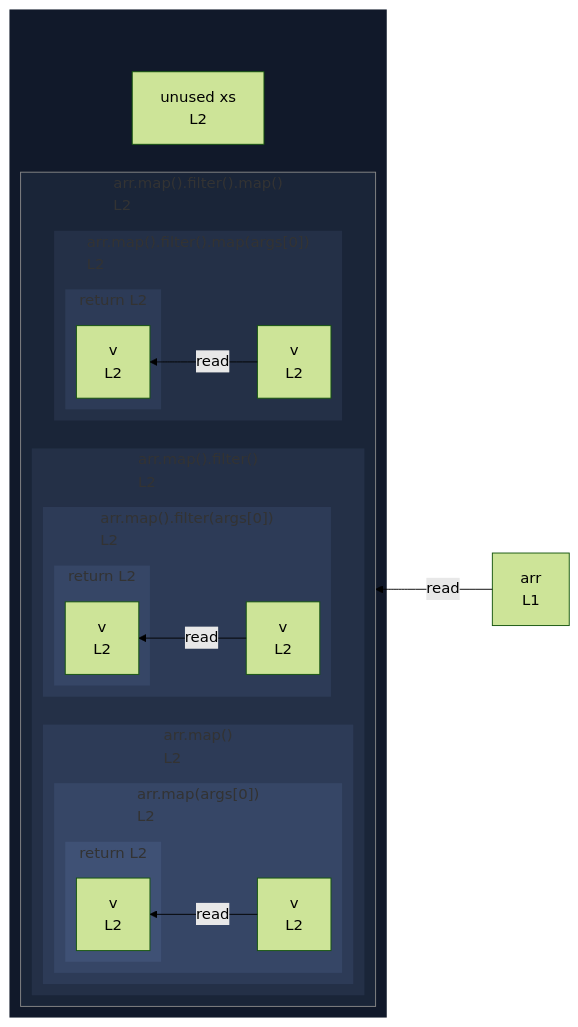
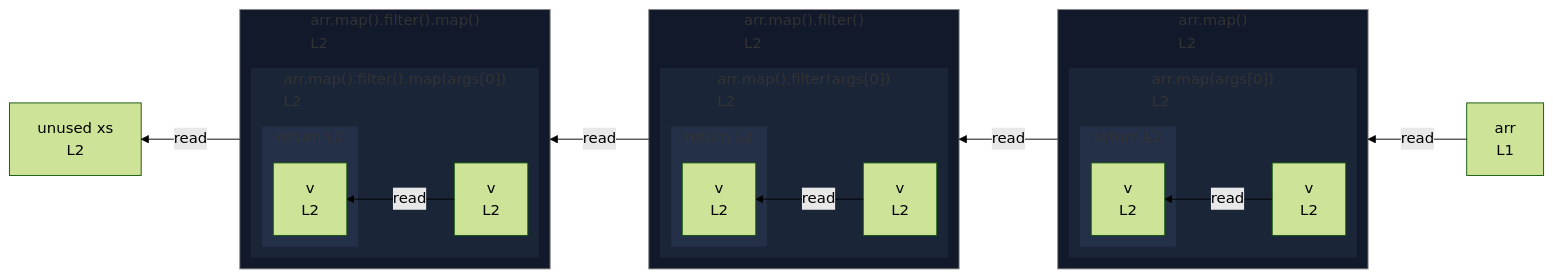
The diagram in integration/fixtures/callback/chained-triple/preview.md (crescware/unsnarl), drawn with Mermaid (forest theme) before and after one commit. The commit also changed 105 other files, not shown here.

````diff
--- a/integration/fixtures/callback/chained-triple/preview.md
+++ b/integration/fixtures/callback/chained-triple/preview.md
@@ -12,64 +12,62 @@
 ```mermaid
 %%{init: {"flowchart": {"defaultRenderer": "elk"}}}%%
 flowchart RL
   n_scope_0_arr_6["arr<br/>L1"]
-  subgraph wrap_call_proxy_34[" "]
-    direction TB
-    n_scope_0_xs_29["unused xs<br/>L2"]
-    subgraph call_proxy_34["arr.map().filter().map()<br/>L2"]
+  n_scope_0_xs_29["unused xs<br/>L2"]
+  subgraph call_proxy_34["arr.map().filter().map()<br/>L2"]
+    direction RL
+    subgraph s_scope_3["arr.map().filter().map(args[0])<br/>L2"]
       direction RL
-      subgraph call_proxy_34_76["arr.map().filter()<br/>L2"]
+      n_scope_3_v_82["v<br/>L2"]
+      subgraph s_return_scope_3_88_93["return L2"]
         direction RL
-        subgraph call_proxy_34_55["arr.map()<br/>L2"]
-          direction RL
-          subgraph s_scope_1["arr.map(args[0])<br/>L2"]
-            direction RL
-            n_scope_1_v_43["v<br/>L2"]
-            subgraph s_return_scope_1_49_54["return L2"]
-              direction RL
-              ret_use_ref_3["v<br/>L2"]
-            end
-          end
-        end
-        subgraph s_scope_2["arr.map().filter(args[0])<br/>L2"]
-          direction RL
-          n_scope_2_v_64["v<br/>L2"]
-          subgraph s_return_scope_2_70_75["return L2"]
-            direction RL
-            ret_use_ref_4["v<br/>L2"]
-          end
-        end
-      end
-      subgraph s_scope_3["arr.map().filter().map(args[0])<br/>L2"]
-        direction RL
-        n_scope_3_v_82["v<br/>L2"]
-        subgraph s_return_scope_3_88_93["return L2"]
-          direction RL
-          ret_use_ref_5["v<br/>L2"]
-        end
+        ret_use_ref_5["v<br/>L2"]
       end
     end
   end
-  n_scope_0_arr_6 -->|read| call_proxy_34
+  subgraph call_proxy_34_76["arr.map().filter()<br/>L2"]
+    direction RL
+    subgraph s_scope_2["arr.map().filter(args[0])<br/>L2"]
+      direction RL
+      n_scope_2_v_64["v<br/>L2"]
+      subgraph s_return_scope_2_70_75["return L2"]
+        direction RL
+        ret_use_ref_4["v<br/>L2"]
+      end
+    end
+  end
+  subgraph call_proxy_34_55["arr.map()<br/>L2"]
+    direction RL
+    subgraph s_scope_1["arr.map(args[0])<br/>L2"]
+      direction RL
+      n_scope_1_v_43["v<br/>L2"]
+      subgraph s_return_scope_1_49_54["return L2"]
+        direction RL
+        ret_use_ref_3["v<br/>L2"]
+      end
+    end
+  end
+  call_proxy_34 -->|read| n_scope_0_xs_29
+  call_proxy_34_76 -->|read| call_proxy_34
+  call_proxy_34_55 -->|read| call_proxy_34_76
+  n_scope_0_arr_6 -->|read| call_proxy_34_55
   n_scope_1_v_43 -->|read| ret_use_ref_3
   n_scope_2_v_64 -->|read| ret_use_ref_4
   n_scope_3_v_82 -->|read| ret_use_ref_5
   classDef nestL1 fill:#11192a,stroke:transparent;
-  class wrap_call_proxy_34 nestL1;
+  class call_proxy_34 nestL1;
+  class call_proxy_34_76 nestL1;
+  class call_proxy_34_55 nestL1;
   classDef nestL2 fill:#1a2538,stroke:transparent;
-  class call_proxy_34 nestL2;
+  class s_scope_3 nestL2;
+  class s_scope_2 nestL2;
+  class s_scope_1 nestL2;
   classDef nestL3 fill:#243047,stroke:transparent;
-  class call_proxy_34_76 nestL3;
-  class s_scope_3 nestL3;
-  classDef nestL4 fill:#2d3b57,stroke:transparent;
-  class call_proxy_34_55 nestL4;
-  class s_scope_2 nestL4;
-  class s_return_scope_3_88_93 nestL4;
-  classDef nestL5 fill:#364666,stroke:transparent;
-  class s_scope_1 nestL5;
-  class s_return_scope_2_70_75 nestL5;
-  classDef nestL6 fill:#3f5175,stroke:transparent;
-  class s_return_scope_1_49_54 nestL6;
+  class s_return_scope_3_88_93 nestL3;
+  class s_return_scope_2_70_75 nestL3;
+  class s_return_scope_1_49_54 nestL3;
   classDef edgeTargetSubgraph stroke:#888;
   class call_proxy_34 edgeTargetSubgraph;
+  class call_proxy_34_76 edgeTargetSubgraph;
+  class call_proxy_34_55 edgeTargetSubgraph;
 ```
````
